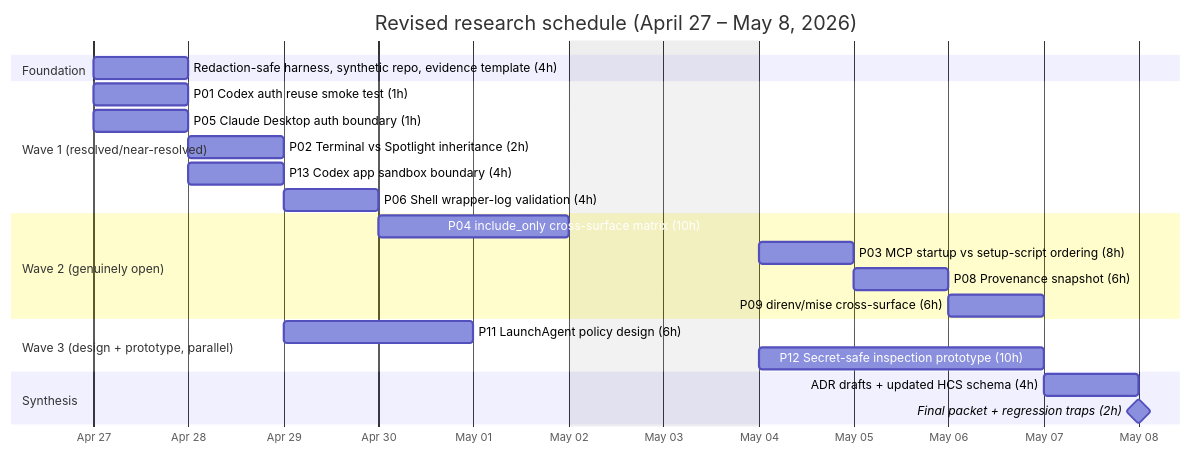
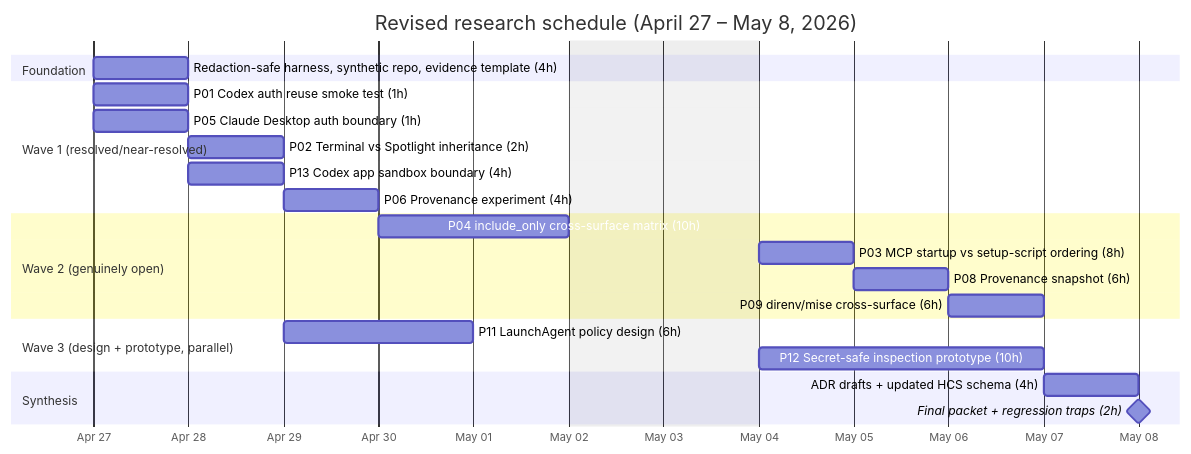
Before and after one commit to verlyn13/host-capability-substrate: the diagram in docs/host-capability-substrate/shell-environment-research.md, drawn with Mermaid. The commit also changed other lines of this file and 13 other files, not shown here.

Commit message:
docs: record w4 shell env provenance updates

````diff
--- a/docs/host-capability-substrate/shell-environment-research.md
+++ b/docs/host-capability-substrate/shell-environment-research.md
@@ -484,31 +506,31 @@
 ```mermaid
 gantt
     title Revised research schedule (April 27 – May 8, 2026)
     dateFormat  YYYY-MM-DD
     axisFormat  %b %d
     excludes weekends
 
     section Foundation
     Redaction-safe harness, synthetic repo, evidence template (4h) :a0, 2026-04-27, 1d
 
     section Wave 1 (resolved/near-resolved)
     P01 Codex auth reuse smoke test (1h)    :a1, 2026-04-27, 1d
     P05 Claude Desktop auth boundary (1h)   :a2, 2026-04-27, 1d
     P02 Terminal vs Spotlight inheritance (2h) :a3, 2026-04-28, 1d
     P13 Codex app sandbox boundary (4h)     :a4, 2026-04-28, 1d
-    P06 Shell wrapper-log validation (4h)   :a5, 2026-04-29, 1d
+    P06 Provenance experiment (4h)          :a5, 2026-04-29, 1d
 
     section Wave 2 (genuinely open)
     P04 include_only cross-surface matrix (10h) :b1, 2026-04-30, 2d
     P03 MCP startup vs setup-script ordering (8h) :b2, 2026-05-04, 1d
     P08 Provenance snapshot (6h)            :b3, 2026-05-05, 1d
     P09 direnv/mise cross-surface (6h)      :b4, 2026-05-06, 1d
 
     section Wave 3 (design + prototype, parallel)
     P11 LaunchAgent policy design (6h)      :c1, 2026-04-29, 2d
     P12 Secret-safe inspection prototype (10h) :c2, 2026-05-04, 3d
 
     section Synthesis
     ADR drafts + updated HCS schema (4h)    :d1, 2026-05-07, 1d
     Final packet + regression traps (2h)    :milestone, d2, 2026-05-08, 0d
 ```
````
